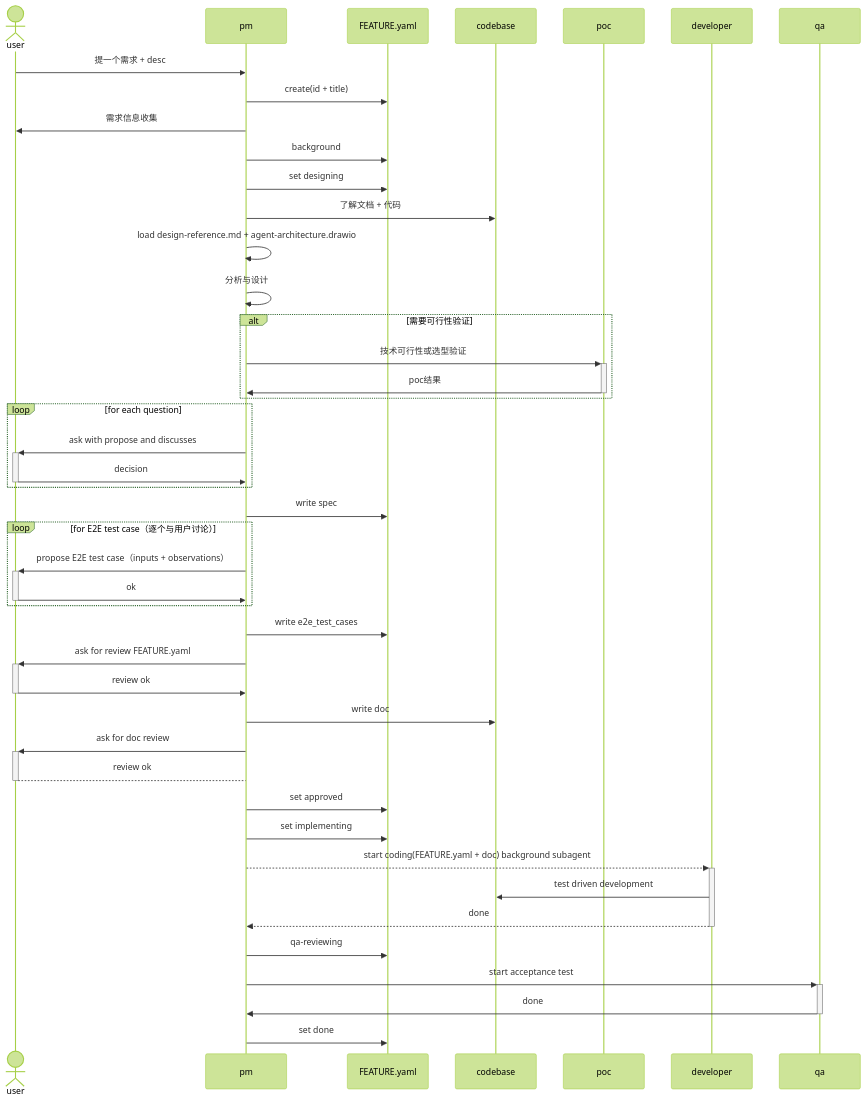
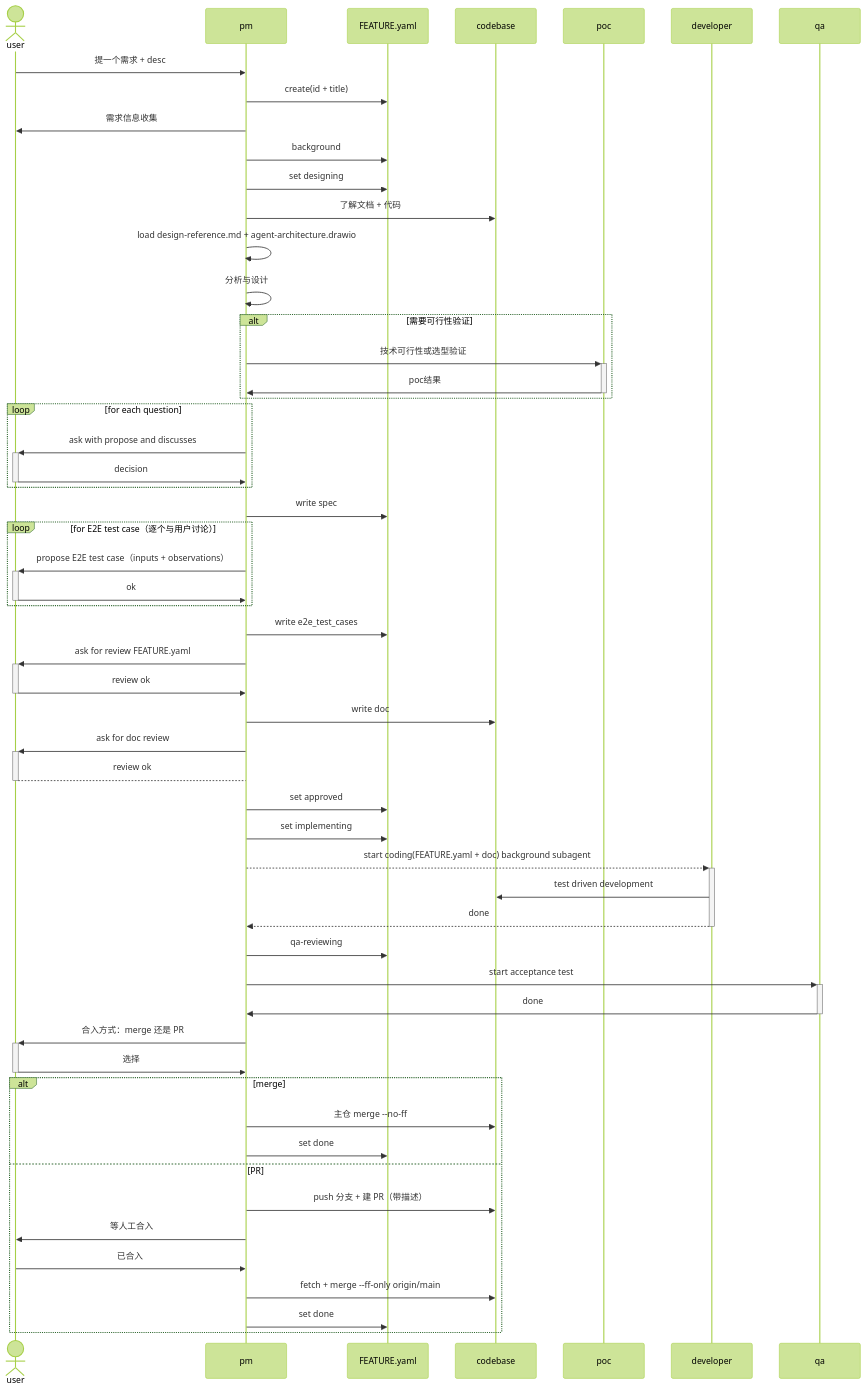
Before and after one commit to JoeyAssistant/skill-repo: the diagram in system-prompt/agent-factory/agent_factory/doc/feature.md, drawn with Mermaid (forest theme). The commit also changed 4 other files, not shown here.

````diff
--- a/system-prompt/agent-factory/agent_factory/doc/feature.md
+++ b/system-prompt/agent-factory/agent_factory/doc/feature.md
@@ -32,47 +32,58 @@
 ```mermaid
 sequenceDiagram
     actor user
     user->>pm: 提一个需求 + desc
     participant feat as FEATURE.yaml
     participant code as codebase
 
     pm->>feat: create(id + title)
     pm->>user: 需求信息收集
     pm->>feat: background
     pm->>feat: set designing
     pm->>code: 了解文档 + 代码
     pm->>pm: load design-reference.md + agent-architecture.drawio
     pm->>pm: 分析与设计
     alt 需要可行性验证
         pm->>+poc: 技术可行性或选型验证
         poc->>-pm: poc结果
     end
     loop for each question
         pm->>+user: ask with propose and discusses
         user->>-pm: decision
     end
     pm->>feat: write spec
     loop for E2E test case（逐个与用户讨论）
         pm->>+user: propose E2E test case（inputs + observations）
         user->>-pm: ok
     end
     pm->>feat: write e2e_test_cases
     participant dev as developer
     pm->>+user: ask for review FEATURE.yaml
     user->>-pm: review ok
 
     pm->>code: write doc
     pm->>+user: ask for doc review
     user-->-pm: review ok
     pm->>feat: set approved
 
     pm->>feat: set implementing
     pm-->>+dev: start coding(FEATURE.yaml + doc) background subagent
     dev->>code: test driven development
     dev-->>-pm: done
 
     pm->>feat: qa-reviewing
     pm->>+qa: start acceptance test
     qa->>-pm: done
-    pm->>feat: set done
+    pm->>+user: 合入方式：merge 还是 PR
+    user->>-pm: 选择
+    alt merge
+        pm->>code: 主仓 merge --no-ff
+        pm->>feat: set done
+    else PR
+        pm->>code: push 分支 + 建 PR（带描述）
+        pm->>user: 等人工合入
+        user->>pm: 已合入
+        pm->>code: fetch + merge --ff-only origin/main
+        pm->>feat: set done
+    end
 ```
````
